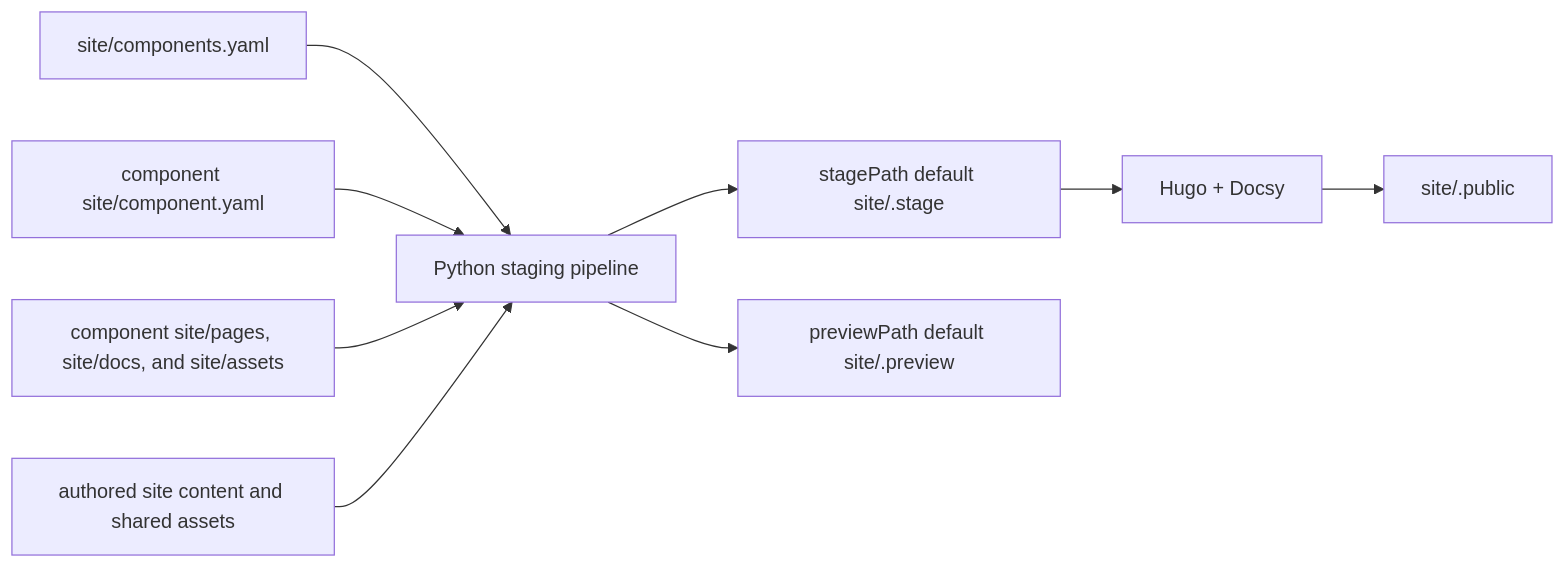
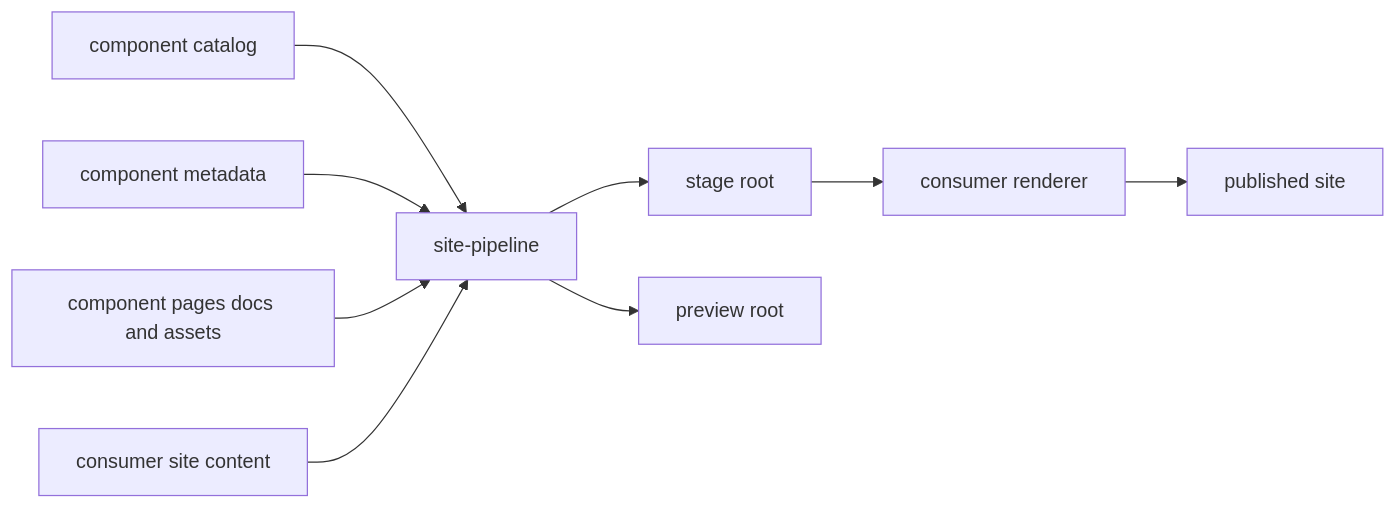
Before and after one commit to buildish-tooling/buildish: the diagram in buildish-site-pipeline/docs/site-pipeline.md, drawn with Mermaid. The commit also changed other lines of this file and 18 other files, not shown here.

Commit message:
Phase 4: harden the extracted site pipeline contract

````diff
--- a/buildish-site-pipeline/docs/site-pipeline.md
+++ b/buildish-site-pipeline/docs/site-pipeline.md
@@ -77,11 +77,11 @@
 ```mermaid
 flowchart LR
-    A[site/components.yaml] --> P[Python staging pipeline]
-    B[component site/component.yaml] --> P
-    C[component site/pages, site/docs, and site/assets] --> P
-    D[authored site content and shared assets] --> P
-    P --> S[stagePath default site/.stage]
-    P --> V[previewPath default site/.preview]
-    S --> H[Hugo + Docsy]
-    H --> U[site/.public]
+    A[component catalog] --> P[site-pipeline]
+    B[component metadata] --> P
+    C[component pages docs and assets] --> P
+    D[consumer site content] --> P
+    P --> S[stage root]
+    P --> V[preview root]
+    S --> R[consumer renderer]
+    R --> U[published site]
 ```
````
